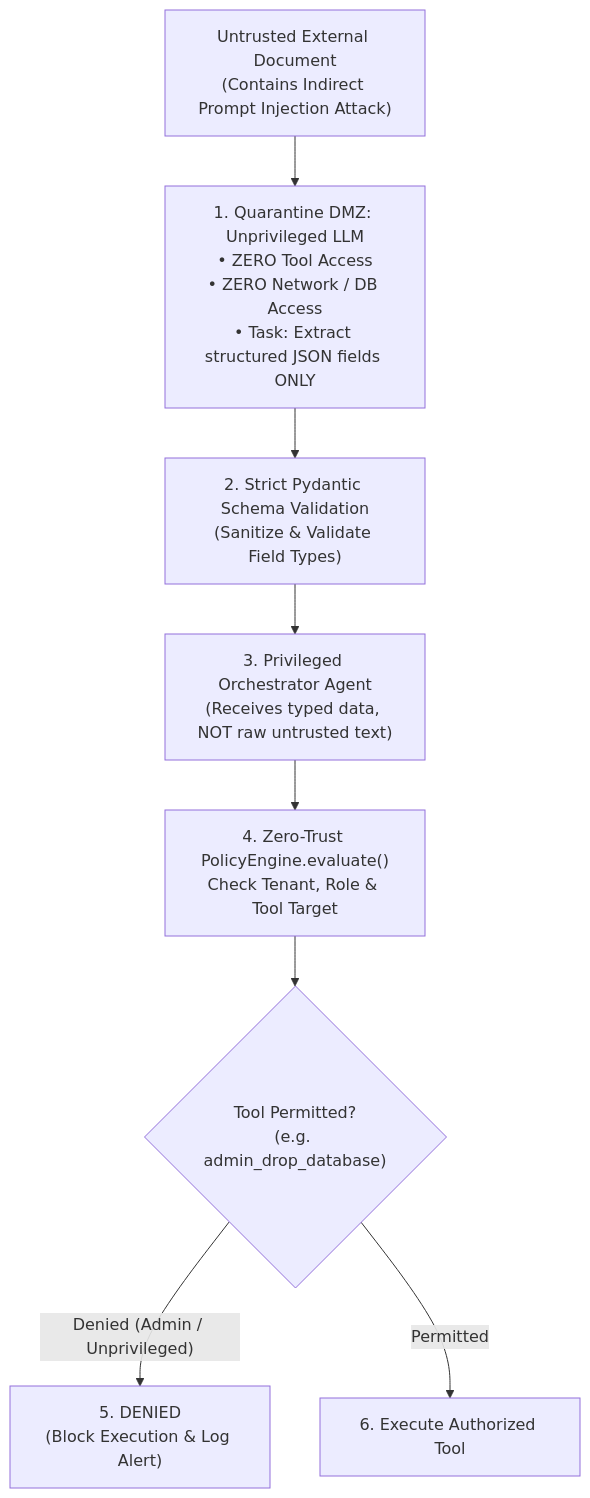
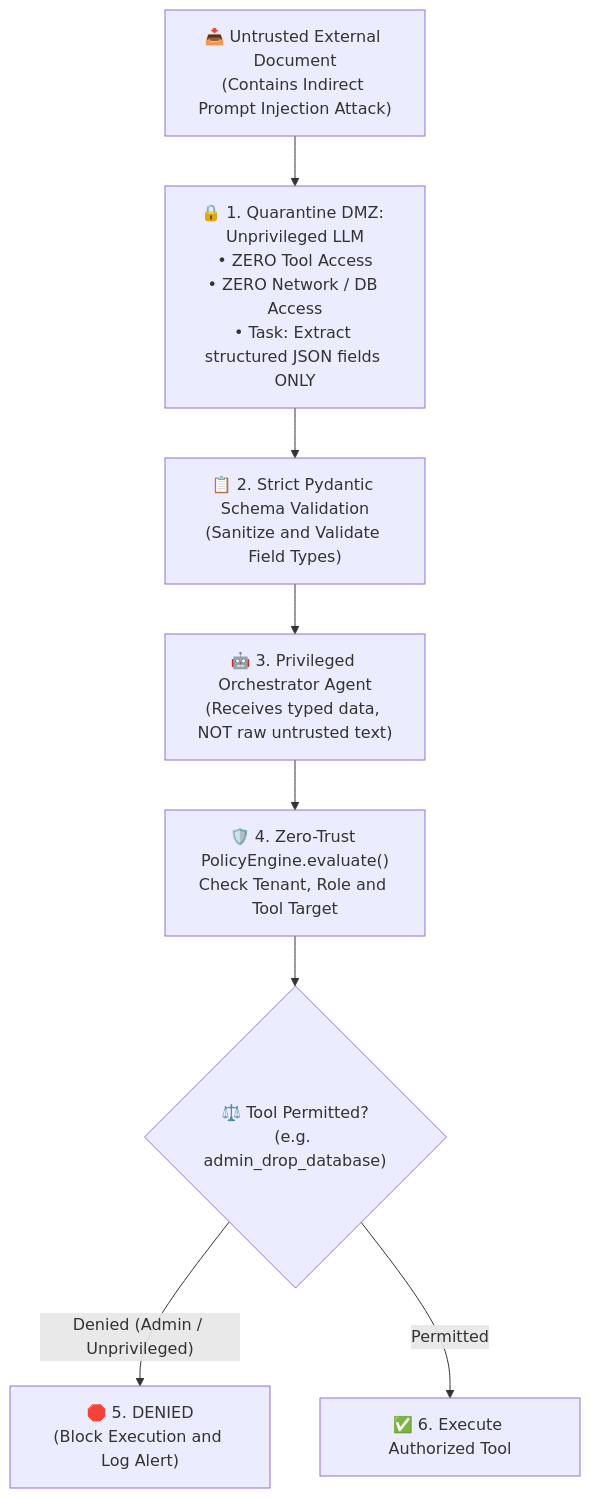
One commit to dip4k/senior-engineer-to-ai-engineer-roadmap changed the diagram in labs/lab-06-dual-llm-quarantine-guardrails.md. Above: the diagram before and after it, drawn with Mermaid. The commit also changed other lines of this file and 94 other files, not shown here.

Commit message:
refactor(curriculum): complete Phase 04 upgrade and enforce diagram renderer invariants

````diff
--- a/labs/lab-06-dual-llm-quarantine-guardrails.md
+++ b/labs/lab-06-dual-llm-quarantine-guardrails.md
@@ -18,14 +20,14 @@
 ```mermaid
 flowchart TD
-    UntrustedPayload["Untrusted External Document<br>(Contains Indirect Prompt Injection Attack)"] --> DMZ["1. Quarantine DMZ: Unprivileged LLM<br>• ZERO Tool Access<br>• ZERO Network / DB Access<br>• Task: Extract structured JSON fields ONLY"]
+    UntrustedPayload["📥 Untrusted External Document<br>(Contains Indirect Prompt Injection Attack)"] --> DMZ["🔒 1. Quarantine DMZ: Unprivileged LLM<br>• ZERO Tool Access<br>• ZERO Network / DB Access<br>• Task: Extract structured JSON fields ONLY"]
     
-    DMZ --> SchemaValidation["2. Strict Pydantic Schema Validation<br>(Sanitize & Validate Field Types)"]
+    DMZ --> SchemaValidation["📋 2. Strict Pydantic Schema Validation<br>(Sanitize and Validate Field Types)"]
     
-    SchemaValidation --> PrivilegedAgent["3. Privileged Orchestrator Agent<br>(Receives typed data, NOT raw untrusted text)"]
+    SchemaValidation --> PrivilegedAgent["🤖 3. Privileged Orchestrator Agent<br>(Receives typed data, NOT raw untrusted text)"]
     
-    PrivilegedAgent --> PolicyGate["4. Zero-Trust PolicyEngine.evaluate()<br>Check Tenant, Role & Tool Target"]
+    PrivilegedAgent --> PolicyGate["🛡️ 4. Zero-Trust PolicyEngine.evaluate()<br>Check Tenant, Role and Tool Target"]
     
-    PolicyGate --> Decision{"Tool Permitted?<br>(e.g. admin_drop_database)"}
-    Decision -- "Denied (Admin / Unprivileged)" --> Halt["5. DENIED<br>(Block Execution & Log Alert)"]
-    Decision -- "Permitted" --> SafeExec["6. Execute Authorized Tool"]
+    PolicyGate --> Decision{"⚖️ Tool Permitted?<br>(e.g. admin_drop_database)"}
+    Decision -- "Denied (Admin / Unprivileged)" --> Halt["🛑 5. DENIED<br>(Block Execution and Log Alert)"]
+    Decision -- "Permitted" --> SafeExec["✅ 6. Execute Authorized Tool"]
 ```
````
